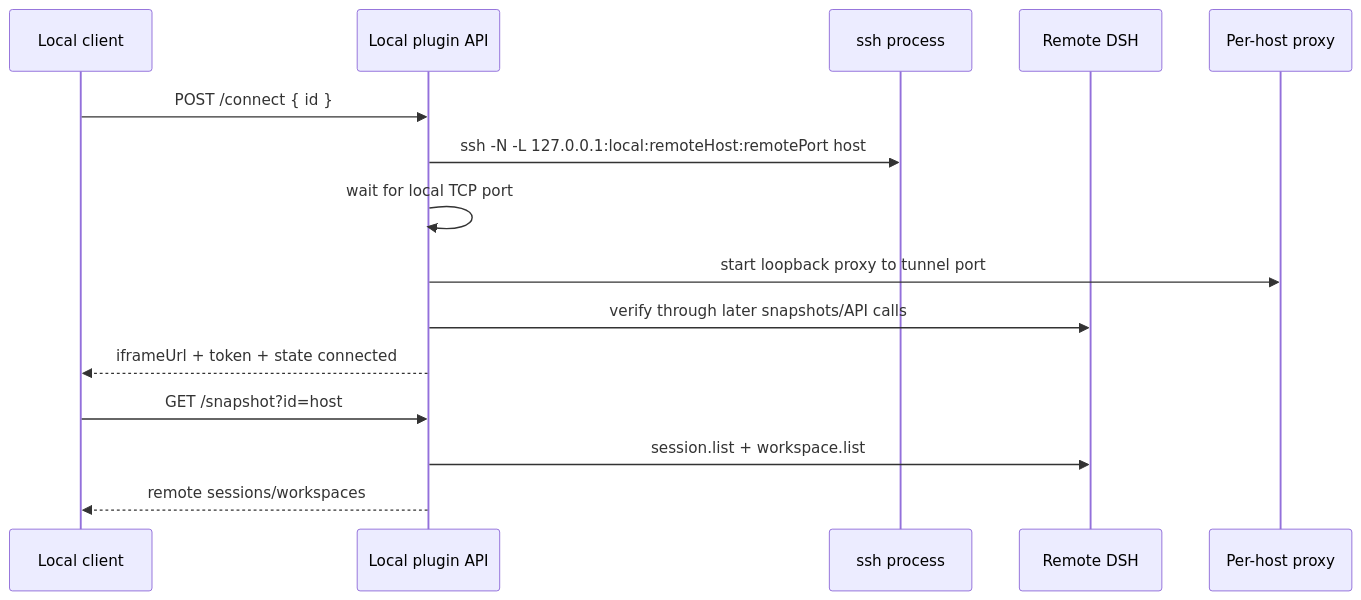
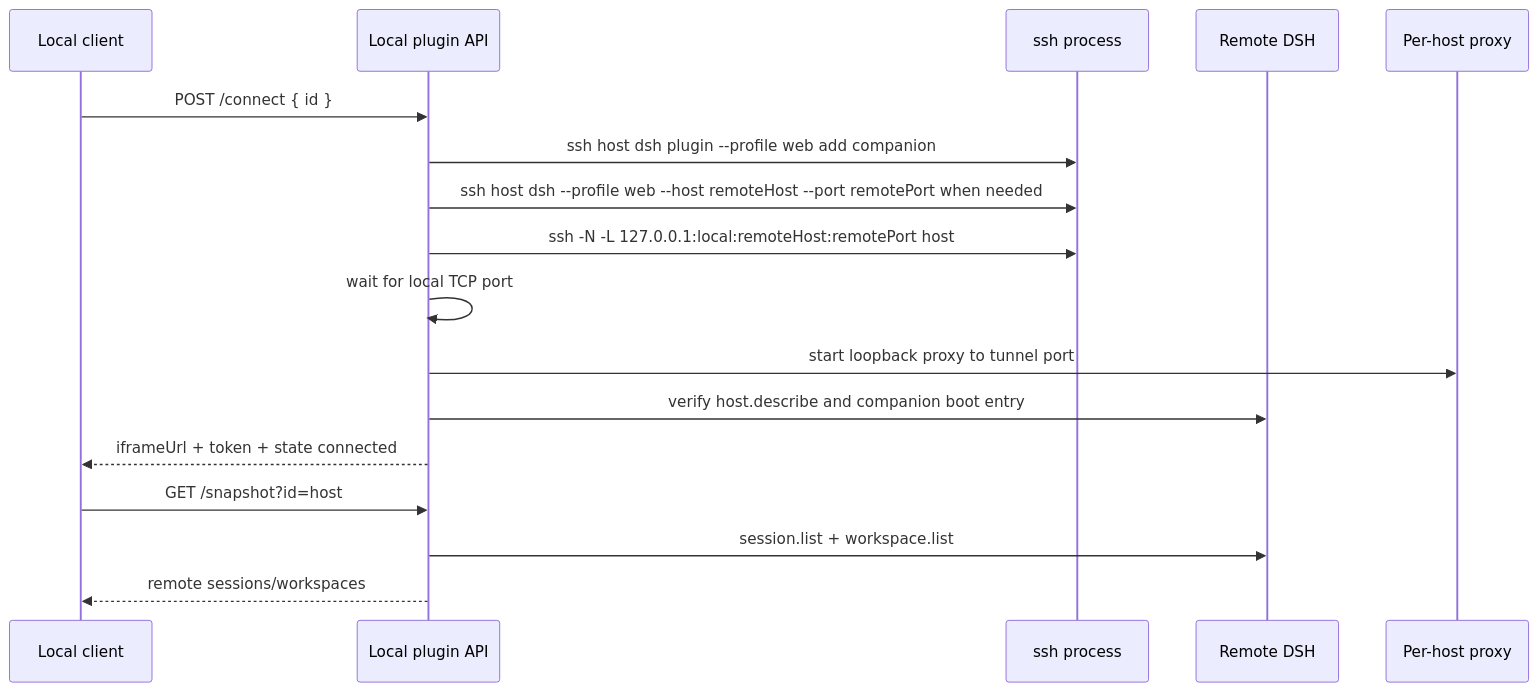
Before and after one commit to sincerity711/dsh-remote-desktop: the second of 2 diagrams in docs/architecture.md, drawn with Mermaid. The commit also changed other lines of this file and 22 other files, not shown here.

````diff
--- a/docs/architecture.md
+++ b/docs/architecture.md
@@ -66,18 +66,20 @@
 ```mermaid
 sequenceDiagram
   participant UI as Local client
   participant API as Local plugin API
   participant SSH as ssh process
   participant Remote as Remote DSH
   participant Proxy as Per-host proxy
 
   UI->>API: POST /connect { id }
+  API->>SSH: ssh host dsh plugin --profile web add companion
+  API->>SSH: ssh host dsh --profile web --host remoteHost --port remotePort when needed
   API->>SSH: ssh -N -L 127.0.0.1:local:remoteHost:remotePort host
   API->>API: wait for local TCP port
   API->>Proxy: start loopback proxy to tunnel port
-  API->>Remote: verify through later snapshots/API calls
+  API->>Remote: verify host.describe and companion boot entry
   API-->>UI: iframeUrl + token + state connected
   UI->>API: GET /snapshot?id=host
   API->>Remote: session.list + workspace.list
   API-->>UI: remote sessions/workspaces
 ```
````
